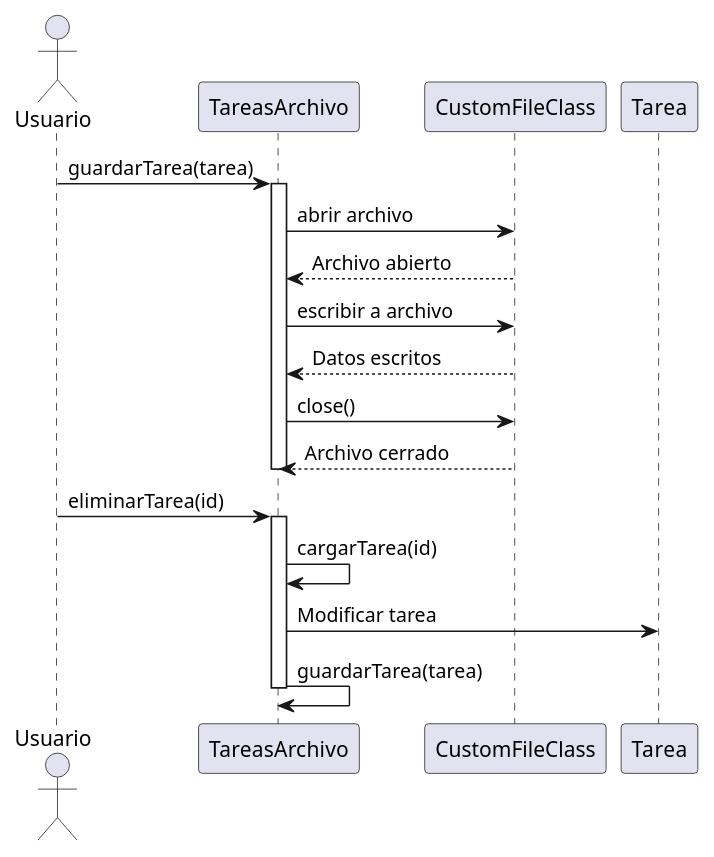
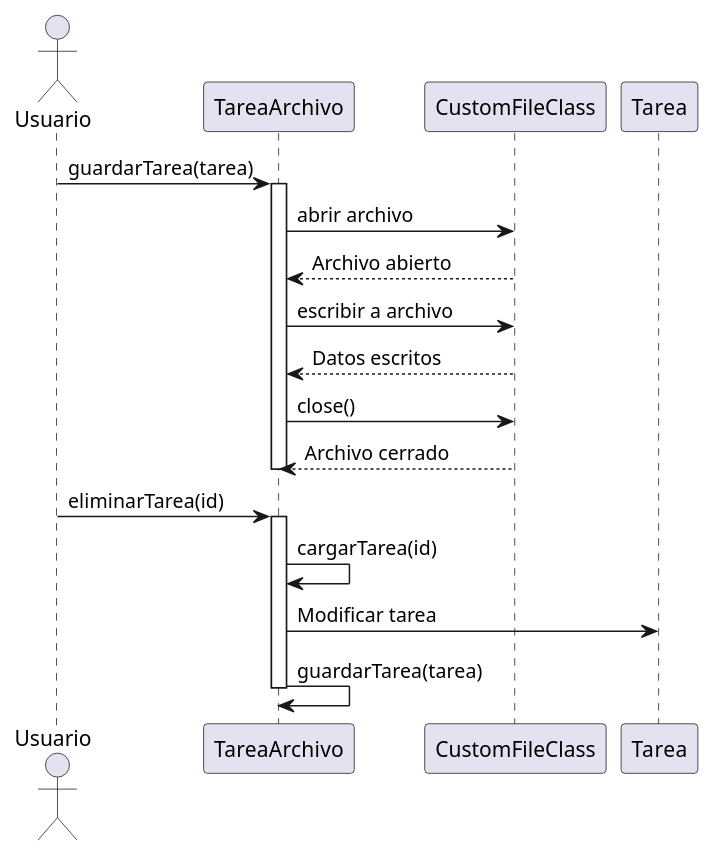
The diagram in docs/diagramaSecuenciaTareasArchivo.puml (jonimarqu/utn_todo-list), drawn with PlantUML before and after one commit. The commit also changed 22 other files, not shown here.

```diff
--- a/docs/diagramaSecuenciaTareasArchivo.puml
+++ b/docs/diagramaSecuenciaTareasArchivo.puml
@@ -1,25 +1,25 @@
-@startuml TareasArchivo
+@startuml TareaArchivo
 
 actor Usuario
-participant "TareasArchivo" as TareasArchivo
+participant "TareaArchivo" as TareaArchivo
 participant "CustomFileClass" as File
 participant "Tarea" as Tarea
 
-Usuario -> TareasArchivo : guardarTarea(tarea)
-activate TareasArchivo
-TareasArchivo -> File : abrir archivo
-File --> TareasArchivo : Archivo abierto
-TareasArchivo -> File : escribir a archivo
-File --> TareasArchivo : Datos escritos
-TareasArchivo -> File : close()
-File --> TareasArchivo : Archivo cerrado
-deactivate TareasArchivo
+Usuario -> TareaArchivo : guardarTarea(tarea)
+activate TareaArchivo
+TareaArchivo -> File : abrir archivo
+File --> TareaArchivo : Archivo abierto
+TareaArchivo -> File : escribir a archivo
+File --> TareaArchivo : Datos escritos
+TareaArchivo -> File : close()
+File --> TareaArchivo : Archivo cerrado
+deactivate TareaArchivo
 
-Usuario -> TareasArchivo : eliminarTarea(id)
-activate TareasArchivo
-TareasArchivo -> TareasArchivo : cargarTarea(id)
-TareasArchivo -> Tarea : Modificar tarea
-TareasArchivo -> TareasArchivo : guardarTarea(tarea)
-deactivate TareasArchivo
+Usuario -> TareaArchivo : eliminarTarea(id)
+activate TareaArchivo
+TareaArchivo -> TareaArchivo : cargarTarea(id)
+TareaArchivo -> Tarea : Modificar tarea
+TareaArchivo -> TareaArchivo : guardarTarea(tarea)
+deactivate TareaArchivo
 
 @enduml
```
